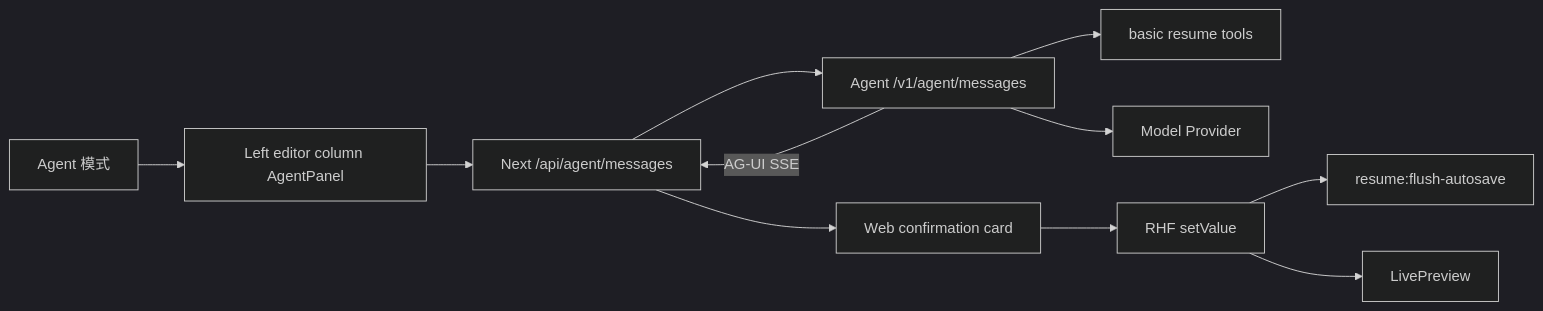
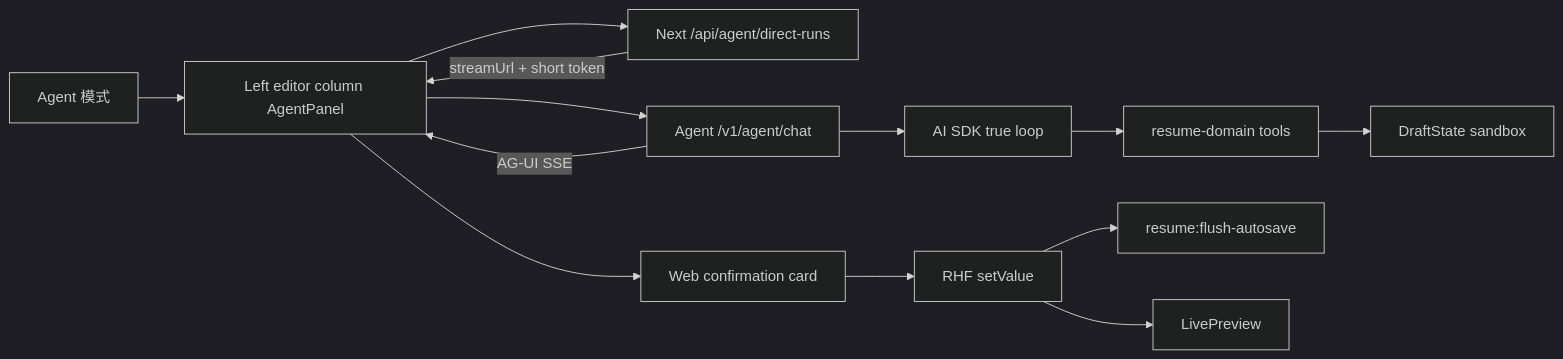
The third of 3 diagrams in docs/agent/architecture.md (Rory-X/intro-builder), drawn with Mermaid (dark theme) before and after one commit. The commit also changed other lines of this file and 26 other files, not shown here.

Commit message:
feat(agent): add long-loop resume workflow (#94)

````diff
--- a/docs/agent/architecture.md
+++ b/docs/agent/architecture.md
@@ -93,13 +95,15 @@
 ```mermaid
 flowchart LR
   Toolbar["Agent 模式"] --> LeftPanel["Left editor column AgentPanel"]
-  LeftPanel --> WebBff["Next /api/agent/messages"]
-  WebBff --> AgentRoute["Agent /v1/agent/messages"]
-  AgentRoute --> Tools["basic resume tools"]
-  AgentRoute --> Provider["Model Provider"]
-  AgentRoute -- "AG-UI SSE" --> WebBff
-  WebBff --> Confirm["Web confirmation card"]
+  LeftPanel --> Bootstrap["Next /api/agent/direct-runs"]
+  Bootstrap -- "streamUrl + short token" --> LeftPanel
+  LeftPanel --> AgentRoute["Agent /v1/agent/chat"]
+  AgentRoute --> Loop["AI SDK true loop"]
+  Loop --> Tools["resume-domain tools"]
+  Tools --> Draft["DraftState sandbox"]
+  AgentRoute -- "AG-UI SSE" --> LeftPanel
+  LeftPanel --> Confirm["Web confirmation card"]
   Confirm --> RHF["RHF setValue"]
   RHF --> Autosave["resume:flush-autosave"]
   RHF --> Preview["LivePreview"]
 ```
````
